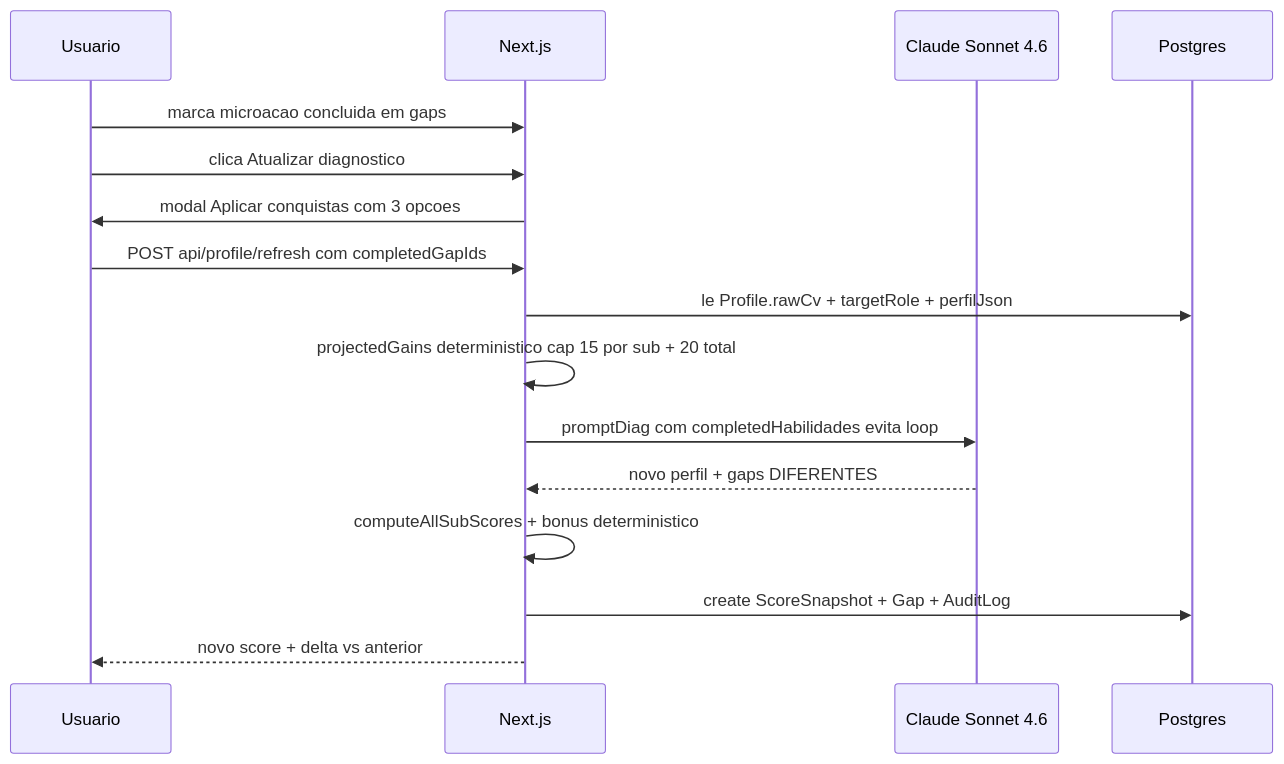
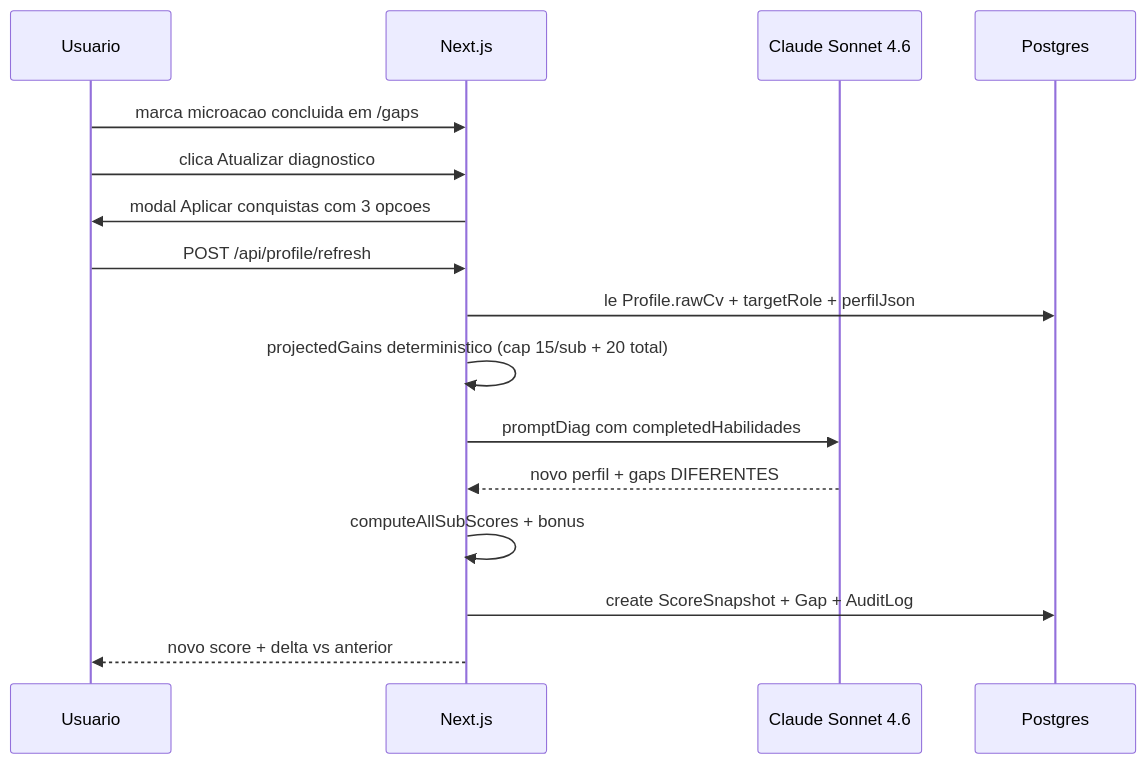
The third of 6 diagrams in README.md (akamitatrush/CareerTwinAI), drawn with Mermaid before and after one commit. The commit also changed other lines of this file and 7 other files, not shown here.

````diff
--- a/README.md
+++ b/README.md
@@ -125,19 +197,19 @@
 ```mermaid
 sequenceDiagram
     participant U as Usuario
     participant N as Next.js
     participant LLM as Claude Sonnet 4.6
     participant DB as Postgres
 
-    U->>N: marca microacao concluida em gaps
+    U->>N: marca microacao concluida em /gaps
     U->>N: clica Atualizar diagnostico
     N->>U: modal Aplicar conquistas com 3 opcoes
-    U->>N: POST api/profile/refresh com completedGapIds
+    U->>N: POST /api/profile/refresh
     N->>DB: le Profile.rawCv + targetRole + perfilJson
-    N->>N: projectedGains deterministico cap 15 por sub + 20 total
-    N->>LLM: promptDiag com completedHabilidades evita loop
+    N->>N: projectedGains deterministico (cap 15/sub + 20 total)
+    N->>LLM: promptDiag com completedHabilidades
     LLM-->>N: novo perfil + gaps DIFERENTES
-    N->>N: computeAllSubScores + bonus deterministico
+    N->>N: computeAllSubScores + bonus
     N->>DB: create ScoreSnapshot + Gap + AuditLog
     N-->>U: novo score + delta vs anterior
 ```
````
